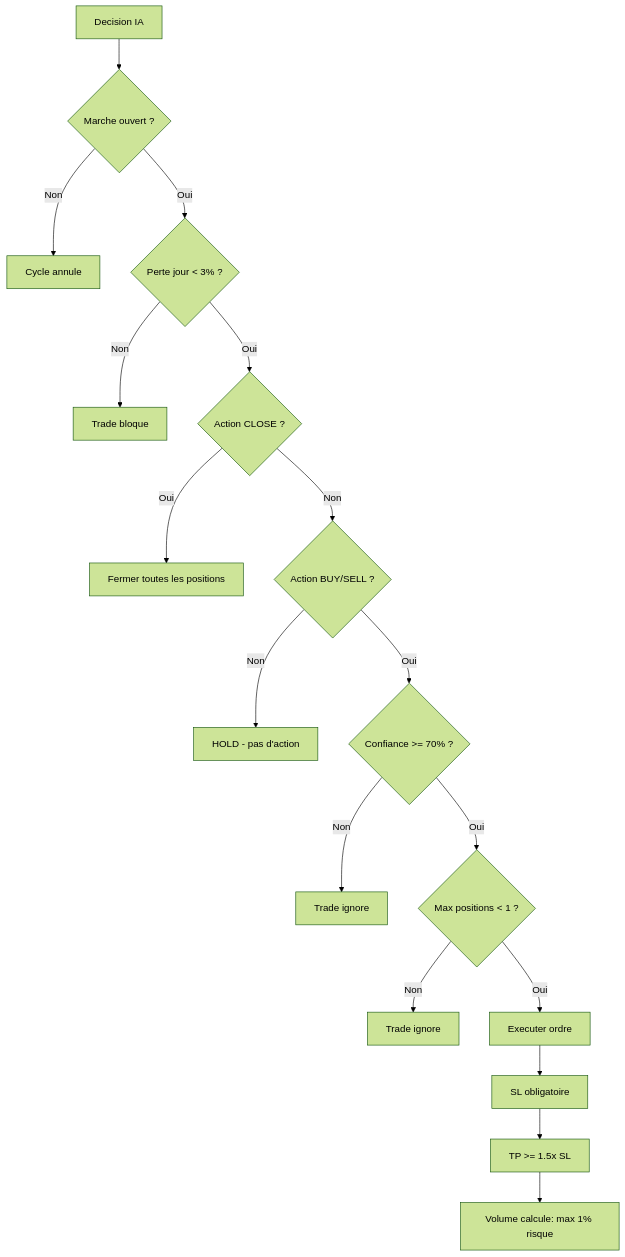
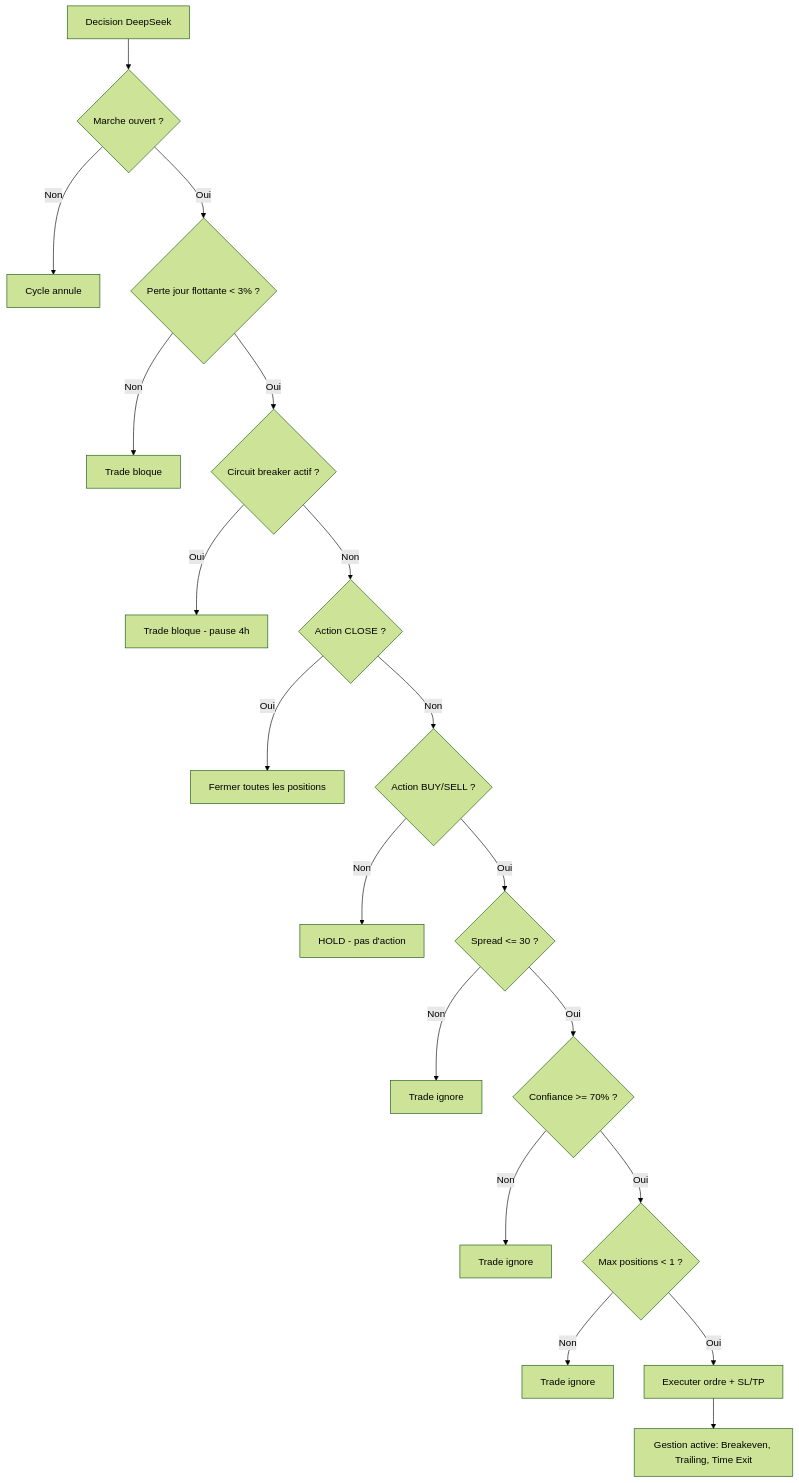
One commit to Doulla1/trading-bot-mt5 changed the diagram in docs/content/2-fonctionnel/regles-gestion-risques.md. Above: the diagram before and after it, drawn with Mermaid (forest theme). The commit also changed 7 other files, not shown here.

Commit message:
docs: mise a jour complete documentation pour architecture v2.1

````diff
--- a/docs/content/2-fonctionnel/regles-gestion-risques.md
+++ b/docs/content/2-fonctionnel/regles-gestion-risques.md
@@ -7,19 +7,21 @@
 ```mermaid
 flowchart TD
-    A[Decision IA] --> B{Marche ouvert ?}
+    A[Decision DeepSeek] --> B{Marche ouvert ?}
     B -- Non --> C[Cycle annule]
-    B -- Oui --> D{Perte jour < 3% ?}
+    B -- Oui --> D{Perte jour flottante < 3% ?}
     D -- Non --> E[Trade bloque]
-    D -- Oui --> F{Action CLOSE ?}
-    F -- Oui --> G[Fermer toutes les positions]
-    F -- Non --> H{Action BUY/SELL ?}
-    H -- Non --> I[HOLD - pas d'action]
-    H -- Oui --> J{Confiance >= 70% ?}
-    J -- Non --> K[Trade ignore]
-    J -- Oui --> L{Max positions < 1 ?}
+    D -- Oui --> F{Circuit breaker actif ?}
+    F -- Oui --> G[Trade bloque - pause 4h]
+    F -- Non --> H{Action CLOSE ?}
+    H -- Oui --> I[Fermer toutes les positions]
+    H -- Non --> J{Action BUY/SELL ?}
+    J -- Non --> K[HOLD - pas d'action]
+    J -- Oui --> L{Spread <= 30 ?}
     L -- Non --> M[Trade ignore]
-    L -- Oui --> N[Executer ordre]
-    N --> O[SL obligatoire]
-    O --> P[TP >= 1.5x SL]
-    P --> Q[Volume calcule: max 1% risque]
+    L -- Oui --> N{Confiance >= 70% ?}
+    N -- Non --> O[Trade ignore]
+    N -- Oui --> P{Max positions < 1 ?}
+    P -- Non --> Q[Trade ignore]
+    P -- Oui --> R[Executer ordre + SL/TP]
+    R --> S[Gestion active: Breakeven, Trailing, Time Exit]
 ```
````
